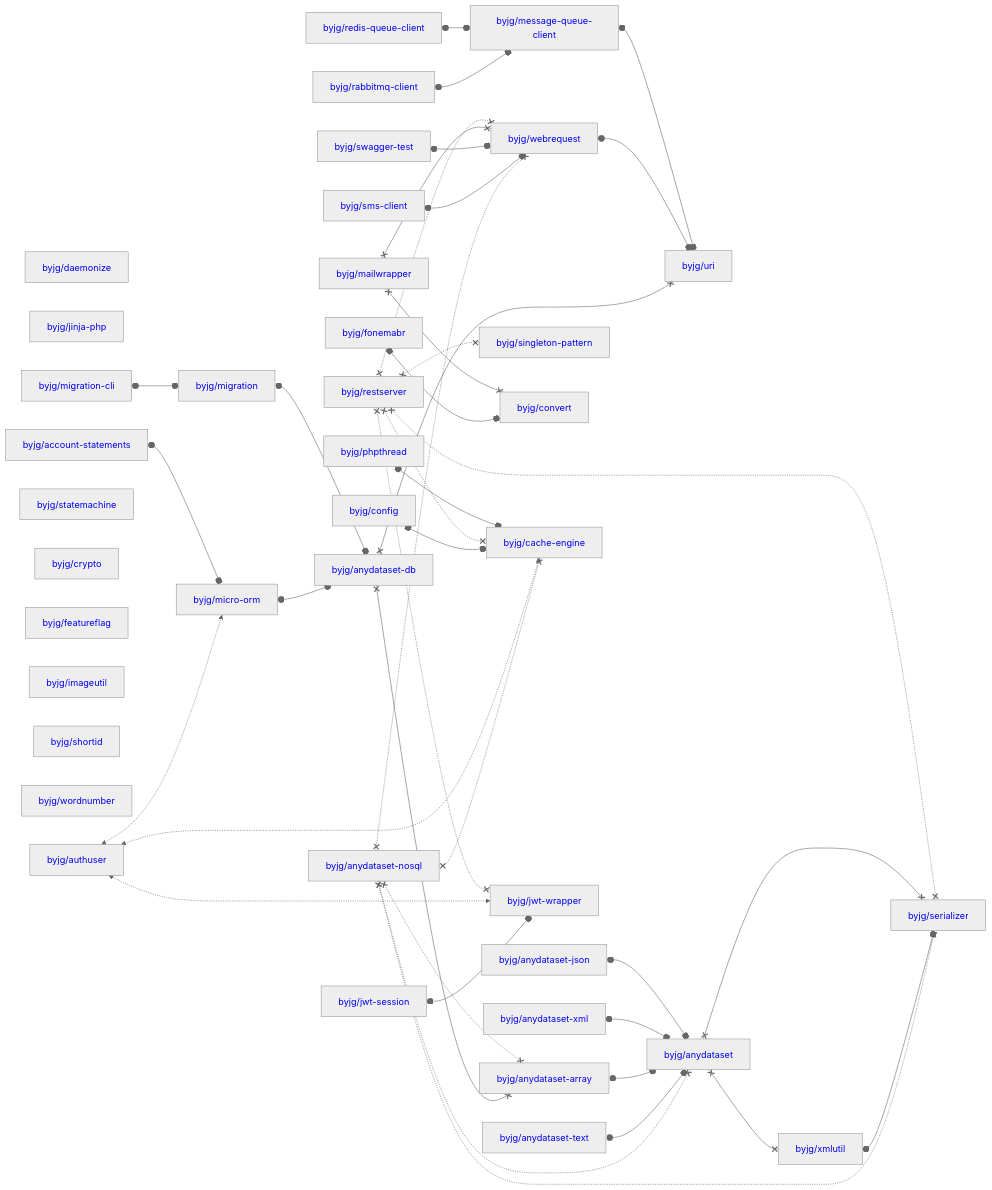
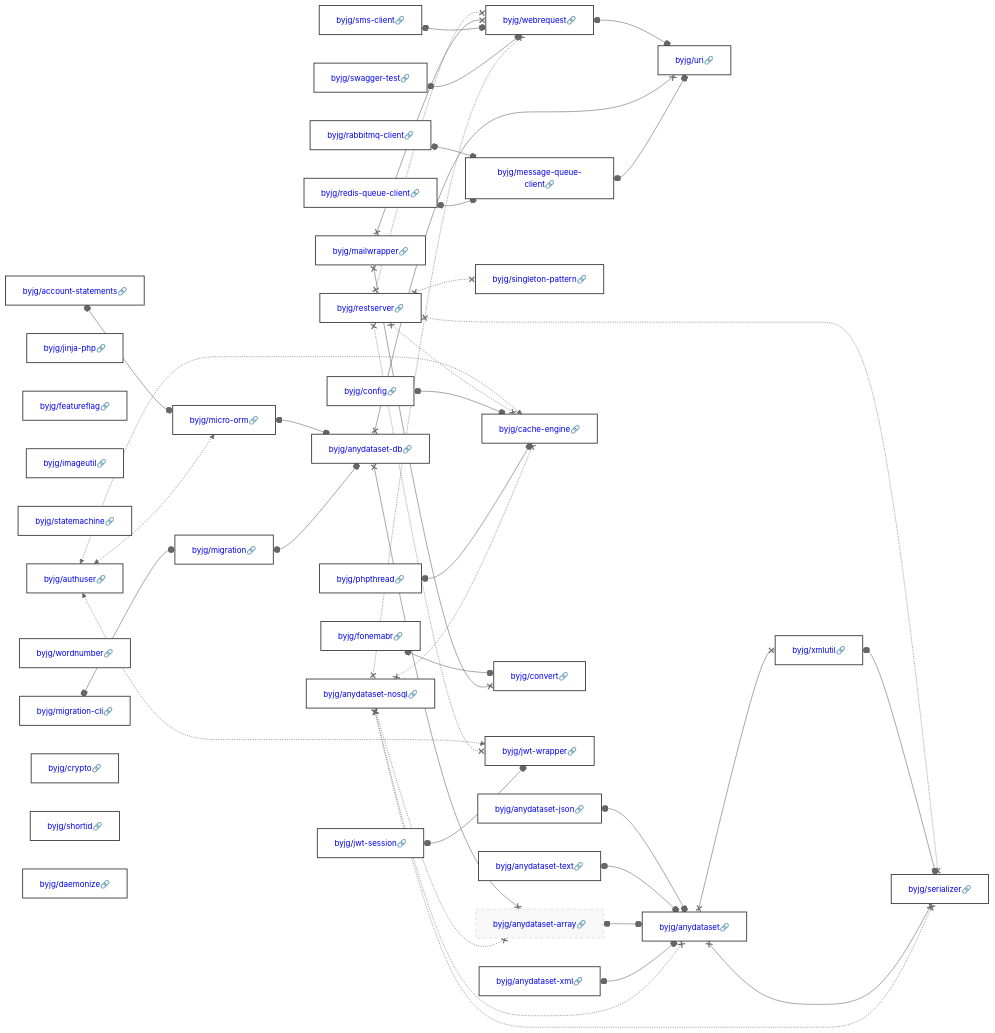
One commit to byjg/byjg.github.io changed the diagram in docs/php/README.md. Above: the diagram before and after it, drawn with Mermaid (neutral theme).

Commit message:
Update PHP README mermaid graph for class dependencies
Refactored the mermaid graph to include clearer relationships and added 🔗 icons to all dependency links for better readability. Updated styling classes for nodes and marked `byjg/anydataset-array` as deprecated for clearer context.

````diff
--- a/docs/php/README.md
+++ b/docs/php/README.md
@@ -3,80 +3,86 @@
 ```mermaid
 graph LR;
-  byjg/swagger-test[<a href='https://opensource.byjg.com/docs/php/swagger-test' style='text-decoration:none'>byjg/swagger-test</a>];
-  byjg/sms-client[<a href='https://opensource.byjg.com/docs/php/sms-client' style='text-decoration:none'>byjg/sms-client</a>];
-  byjg/config[<a href='https://opensource.byjg.com/docs/php/config' style='text-decoration:none'>byjg/config</a>];
-  byjg/daemonize[<a href='https://opensource.byjg.com/docs/php/daemonize' style='text-decoration:none'>byjg/daemonize</a>];
-  byjg/jinja-php[<a href='https://opensource.byjg.com/docs/php/jinja-php' style='text-decoration:none'>byjg/jinja-php</a>];
-  byjg/migration-cli[<a href='https://opensource.byjg.com/docs/php/migration-cli' style='text-decoration:none'>byjg/migration-cli</a>];
-  byjg/account-statements[<a href='https://opensource.byjg.com/docs/php/account-statements' style='text-decoration:none'>byjg/account-statements</a>];
-  byjg/redis-queue-client[<a href='https://opensource.byjg.com/docs/php/redis-queue-client' style='text-decoration:none'>byjg/redis-queue-client</a>];
-  byjg/statemachine[<a href='https://opensource.byjg.com/docs/php/statemachine' style='text-decoration:none'>byjg/statemachine</a>];
-  byjg/restserver[<a href='https://opensource.byjg.com/docs/php/restserver' style='text-decoration:none'>byjg/restserver</a>];
-  byjg/phpthread[<a href='https://opensource.byjg.com/docs/php/phpthread' style='text-decoration:none'>byjg/phpthread</a>];
-  byjg/fonemabr[<a href='https://opensource.byjg.com/docs/php/fonemabr' style='text-decoration:none'>byjg/fonemabr</a>];
-  byjg/anydataset-text[<a href='https://opensource.byjg.com/docs/php/anydataset-text' style='text-decoration:none'>byjg/anydataset-text</a>];
-  byjg/mailwrapper[<a href='https://opensource.byjg.com/docs/php/mailwrapper' style='text-decoration:none'>byjg/mailwrapper</a>];
-  byjg/anydataset-nosql[<a href='https://opensource.byjg.com/docs/php/anydataset-nosql' style='text-decoration:none'>byjg/anydataset-nosql</a>];
-  byjg/anydataset-json[<a href='https://opensource.byjg.com/docs/php/anydataset-json' style='text-decoration:none'>byjg/anydataset-json</a>];
-  byjg/crypto[<a href='https://opensource.byjg.com/docs/php/crypto' style='text-decoration:none'>byjg/crypto</a>];
-  byjg/featureflag[<a href='https://opensource.byjg.com/docs/php/featureflag' style='text-decoration:none'>byjg/featureflag</a>];
-  byjg/imageutil[<a href='https://opensource.byjg.com/docs/php/imageutil' style='text-decoration:none'>byjg/imageutil</a>];
-  byjg/anydataset-xml[<a href='https://opensource.byjg.com/docs/php/anydataset-xml' style='text-decoration:none'>byjg/anydataset-xml</a>];
-  byjg/jwt-session[<a href='https://opensource.byjg.com/docs/php/jwt-session' style='text-decoration:none'>byjg/jwt-session</a>];
-  byjg/shortid[<a href='https://opensource.byjg.com/docs/php/shortid' style='text-decoration:none'>byjg/shortid</a>];
-  byjg/wordnumber[<a href='https://opensource.byjg.com/docs/php/wordnumber' style='text-decoration:none'>byjg/wordnumber</a>];
-  byjg/authuser[<a href='https://opensource.byjg.com/docs/php/authuser' style='text-decoration:none'>byjg/authuser</a>];
-  byjg/rabbitmq-client[<a href='https://opensource.byjg.com/docs/php/rabbitmq-client' style='text-decoration:none'>byjg/rabbitmq-client</a>];
-  byjg/migration[<a href='https://opensource.byjg.com/docs/php/migration' style='text-decoration:none'>byjg/migration</a>];
-  byjg/singleton-pattern[<a href='https://opensource.byjg.com/docs/php/singleton-pattern' style='text-decoration:none'>byjg/singleton-pattern</a>];
-  byjg/convert[<a href='https://opensource.byjg.com/docs/php/convert' style='text-decoration:none'>byjg/convert</a>];
-  byjg/webrequest[<a href='https://opensource.byjg.com/docs/php/webrequest' style='text-decoration:none'>byjg/webrequest</a>];
-  byjg/micro-orm[<a href='https://opensource.byjg.com/docs/php/micro-orm' style='text-decoration:none'>byjg/micro-orm</a>];
-  byjg/cache-engine[<a href='https://opensource.byjg.com/docs/php/cache-engine' style='text-decoration:none'>byjg/cache-engine</a>];
-  byjg/jwt-wrapper[<a href='https://opensource.byjg.com/docs/php/jwt-wrapper' style='text-decoration:none'>byjg/jwt-wrapper</a>];
-  byjg/message-queue-client[<a href='https://opensource.byjg.com/docs/php/message-queue-client' style='text-decoration:none'>byjg/message-queue-client</a>];
-  byjg/anydataset-db[<a href='https://opensource.byjg.com/docs/php/anydataset-db' style='text-decoration:none'>byjg/anydataset-db</a>];
-  byjg/anydataset-array[<a href='https://opensource.byjg.com/docs/php/anydataset-array' style='text-decoration:none'>byjg/anydataset-array</a>];
-  byjg/uri[<a href='https://opensource.byjg.com/docs/php/uri' style='text-decoration:none'>byjg/uri</a>];
-  byjg/anydataset[<a href='https://opensource.byjg.com/docs/php/anydataset' style='text-decoration:none'>byjg/anydataset</a>];
-  byjg/xmlutil[<a href='https://opensource.byjg.com/docs/php/xmlutil' style='text-decoration:none'>byjg/xmlutil</a>];
-  byjg/serializer[<a href='https://opensource.byjg.com/docs/php/serializer' style='text-decoration:none'>byjg/serializer</a>];
+  byjg/swagger-test[<a href='https://opensource.byjg.com/docs/php/swagger-test' style='text-decoration:none'>byjg/swagger-test🔗</a>];
+  byjg/fonemabr[<a href='https://opensource.byjg.com/docs/php/fonemabr' style='text-decoration:none'>byjg/fonemabr🔗</a>];
+  byjg/account-statements[<a href='https://opensource.byjg.com/docs/php/account-statements' style='text-decoration:none'>byjg/account-statements🔗</a>];
+  byjg/jinja-php[<a href='https://opensource.byjg.com/docs/php/jinja-php' style='text-decoration:none'>byjg/jinja-php🔗</a>];
+  byjg/featureflag[<a href='https://opensource.byjg.com/docs/php/featureflag' style='text-decoration:none'>byjg/featureflag🔗</a>];
+  byjg/imageutil[<a href='https://opensource.byjg.com/docs/php/imageutil' style='text-decoration:none'>byjg/imageutil🔗</a>];
+  byjg/statemachine[<a href='https://opensource.byjg.com/docs/php/statemachine' style='text-decoration:none'>byjg/statemachine🔗</a>];
+  byjg/phpthread[<a href='https://opensource.byjg.com/docs/php/phpthread' style='text-decoration:none'>byjg/phpthread🔗</a>];
+  byjg/anydataset-json[<a href='https://opensource.byjg.com/docs/php/anydataset-json' style='text-decoration:none'>byjg/anydataset-json🔗</a>];
+  byjg/restserver[<a href='https://opensource.byjg.com/docs/php/restserver' style='text-decoration:none'>byjg/restserver🔗</a>];
+  byjg/authuser[<a href='https://opensource.byjg.com/docs/php/authuser' style='text-decoration:none'>byjg/authuser🔗</a>];
+  byjg/wordnumber[<a href='https://opensource.byjg.com/docs/php/wordnumber' style='text-decoration:none'>byjg/wordnumber🔗</a>];
+  byjg/config[<a href='https://opensource.byjg.com/docs/php/config' style='text-decoration:none'>byjg/config🔗</a>];
+  byjg/redis-queue-client[<a href='https://opensource.byjg.com/docs/php/redis-queue-client' style='text-decoration:none'>byjg/redis-queue-client🔗</a>];
+  byjg/rabbitmq-client[<a href='https://opensource.byjg.com/docs/php/rabbitmq-client' style='text-decoration:none'>byjg/rabbitmq-client🔗</a>];
+  byjg/anydataset-nosql[<a href='https://opensource.byjg.com/docs/php/anydataset-nosql' style='text-decoration:none'>byjg/anydataset-nosql🔗</a>];
+  byjg/anydataset-text[<a href='https://opensource.byjg.com/docs/php/anydataset-text' style='text-decoration:none'>byjg/anydataset-text🔗</a>];
+  byjg/mailwrapper[<a href='https://opensource.byjg.com/docs/php/mailwrapper' style='text-decoration:none'>byjg/mailwrapper🔗</a>];
+  byjg/migration-cli[<a href='https://opensource.byjg.com/docs/php/migration-cli' style='text-decoration:none'>byjg/migration-cli🔗</a>];
+  byjg/crypto[<a href='https://opensource.byjg.com/docs/php/crypto' style='text-decoration:none'>byjg/crypto🔗</a>];
+  byjg/shortid[<a href='https://opensource.byjg.com/docs/php/shortid' style='text-decoration:none'>byjg/shortid🔗</a>];
+  byjg/daemonize[<a href='https://opensource.byjg.com/docs/php/daemonize' style='text-decoration:none'>byjg/daemonize🔗</a>];
+  byjg/anydataset-xml[<a href='https://opensource.byjg.com/docs/php/anydataset-xml' style='text-decoration:none'>byjg/anydataset-xml🔗</a>];
+  byjg/jwt-session[<a href='https://opensource.byjg.com/docs/php/jwt-session' style='text-decoration:none'>byjg/jwt-session🔗</a>];
+  byjg/sms-client[<a href='https://opensource.byjg.com/docs/php/sms-client' style='text-decoration:none'>byjg/sms-client🔗</a>];
+  byjg/singleton-pattern[<a href='https://opensource.byjg.com/docs/php/singleton-pattern' style='text-decoration:none'>byjg/singleton-pattern🔗</a>];
+  byjg/micro-orm[<a href='https://opensource.byjg.com/docs/php/micro-orm' style='text-decoration:none'>byjg/micro-orm🔗</a>];
+  byjg/message-queue-client[<a href='https://opensource.byjg.com/docs/php/message-queue-client' style='text-decoration:none'>byjg/message-queue-client🔗</a>];
+  byjg/cache-engine[<a href='https://opensource.byjg.com/docs/php/cache-engine' style='text-decoration:none'>byjg/cache-engine🔗</a>];
+  byjg/convert[<a href='https://opensource.byjg.com/docs/php/convert' style='text-decoration:none'>byjg/convert🔗</a>];
+  byjg/migration[<a href='https://opensource.byjg.com/docs/php/migration' style='text-decoration:none'>byjg/migration🔗</a>];
+  byjg/jwt-wrapper[<a href='https://opensource.byjg.com/docs/php/jwt-wrapper' style='text-decoration:none'>byjg/jwt-wrapper🔗</a>];
+  byjg/webrequest[<a href='https://opensource.byjg.com/docs/php/webrequest' style='text-decoration:none'>byjg/webrequest🔗</a>];
+  byjg/anydataset-db[<a href='https://opensource.byjg.com/docs/php/anydataset-db' style='text-decoration:none'>byjg/anydataset-db🔗</a>];
+  byjg/anydataset-array[<a href='https://opensource.byjg.com/docs/php/anydataset-array' style='text-decoration:none'>byjg/anydataset-array🔗</a>];
+  byjg/uri[<a href='https://opensource.byjg.com/docs/php/uri' style='text-decoration:none'>byjg/uri🔗</a>];
+  byjg/anydataset[<a href='https://opensource.byjg.com/docs/php/anydataset' style='text-decoration:none'>byjg/anydataset🔗</a>];
+  byjg/xmlutil[<a href='https://opensource.byjg.com/docs/php/xmlutil' style='text-decoration:none'>byjg/xmlutil🔗</a>];
+  byjg/serializer[<a href='https://opensource.byjg.com/docs/php/serializer' style='text-decoration:none'>byjg/serializer🔗</a>];
+  byjg/redis-queue-client o--o byjg/message-queue-client;
+  byjg/migration o--o byjg/anydataset-db;
+  byjg/anydataset-nosql x-.-x byjg/anydataset;
+  byjg/anydataset-nosql x-.-x byjg/anydataset-array;
+  byjg/anydataset-nosql x-.-x byjg/serializer;
+  byjg/anydataset-nosql x-.-x byjg/webrequest;
+  byjg/anydataset-nosql x-.-x byjg/cache-engine;
+  byjg/swagger-test o--o byjg/webrequest;
+  byjg/anydataset-xml o--o byjg/anydataset;
+  byjg/micro-orm o--o byjg/anydataset-db;
+  byjg/sms-client o--o byjg/webrequest;
+  byjg/anydataset x--x byjg/serializer;
+  byjg/anydataset x--x byjg/xmlutil;
+  byjg/jwt-session o--o byjg/jwt-wrapper;
+  byjg/xmlutil o--o byjg/serializer;
+  byjg/migration-cli o--o byjg/migration;
+  byjg/anydataset-array o--o byjg/anydataset;
+  byjg/message-queue-client o--o byjg/uri;
   byjg/phpthread o--o byjg/cache-engine;
+  byjg/anydataset-text o--o byjg/anydataset;
+  byjg/anydataset-db x--x byjg/anydataset-array;
+  byjg/anydataset-db x--x byjg/uri;
+  byjg/anydataset-json o--o byjg/anydataset;
+  byjg/config o--o byjg/cache-engine;
+  byjg/mailwrapper x--x byjg/convert;
+  byjg/mailwrapper x--x byjg/webrequest;
+  byjg/rabbitmq-client o--o byjg/message-queue-client;
   byjg/restserver x-.-x byjg/serializer;
   byjg/restserver x-.-x byjg/singleton-pattern;
   byjg/restserver x-.-x byjg/cache-engine;
   byjg/restserver x-.-x byjg/webrequest;
   byjg/restserver x-.-x byjg/jwt-wrapper;
-  byjg/message-queue-client o--o byjg/uri;
-  byjg/migration-cli o--o byjg/migration;
-  byjg/anydataset-json o--o byjg/anydataset;
-  byjg/mailwrapper x--x byjg/convert;
-  byjg/mailwrapper x--x byjg/webrequest;
-  byjg/swagger-test o--o byjg/webrequest;
   byjg/fonemabr o--o byjg/convert;
-  byjg/redis-queue-client o--o byjg/message-queue-client;
-  byjg/migration o--o byjg/anydataset-db;
-  byjg/anydataset-xml o--o byjg/anydataset;
-  byjg/anydataset-array o--o byjg/anydataset;
-  byjg/config o--o byjg/cache-engine;
-  byjg/sms-client o--o byjg/webrequest;
-  byjg/webrequest o--o byjg/uri;
-  byjg/anydataset-text o--o byjg/anydataset;
-  byjg/anydataset x--x byjg/serializer;
-  byjg/anydataset x--x byjg/xmlutil;
-  byjg/xmlutil o--o byjg/serializer;
-  byjg/account-statements o--o byjg/micro-orm;
-  byjg/rabbitmq-client o--o byjg/message-queue-client;
-  byjg/micro-orm o--o byjg/anydataset-db;
   byjg/authuser <-.-> byjg/micro-orm;
   byjg/authuser <-.-> byjg/cache-engine;
   byjg/authuser <-.-> byjg/jwt-wrapper;
-  byjg/anydataset-nosql x-.-x byjg/anydataset;
-  byjg/anydataset-nosql x-.-x byjg/anydataset-array;
-  byjg/anydataset-nosql x-.-x byjg/serializer;
-  byjg/anydataset-nosql x-.-x byjg/webrequest;
-  byjg/anydataset-nosql x-.-x byjg/cache-engine;
-  byjg/anydataset-db x--x byjg/anydataset-array;
-  byjg/anydataset-db x--x byjg/uri;
-  byjg/jwt-session o--o byjg/jwt-wrapper;
+  byjg/webrequest o--o byjg/uri;
+  byjg/account-statements o--o byjg/micro-orm;
+  classDef default fill:#ffffff,stroke:#333,stroke-width:1.5px,color:#000,font-size:14px;
+  classDef highlight fill:#ffef96,stroke:#ff9900,stroke-width:3px;
+  classDef deprecated fill:#f8f8f8,stroke:#cccccc,stroke-dasharray: 5 5,stroke-width:1px,color:#999;
+  classDef working-on fill:#fff3cd,stroke:#ffcc00,stroke-width:2px,color:#856404;
+  classDef finished fill:#d4edda,stroke:#28a745,stroke-width:2px,color:#155724;
+  class byjg/anydataset-array deprecated;
 ```
````
